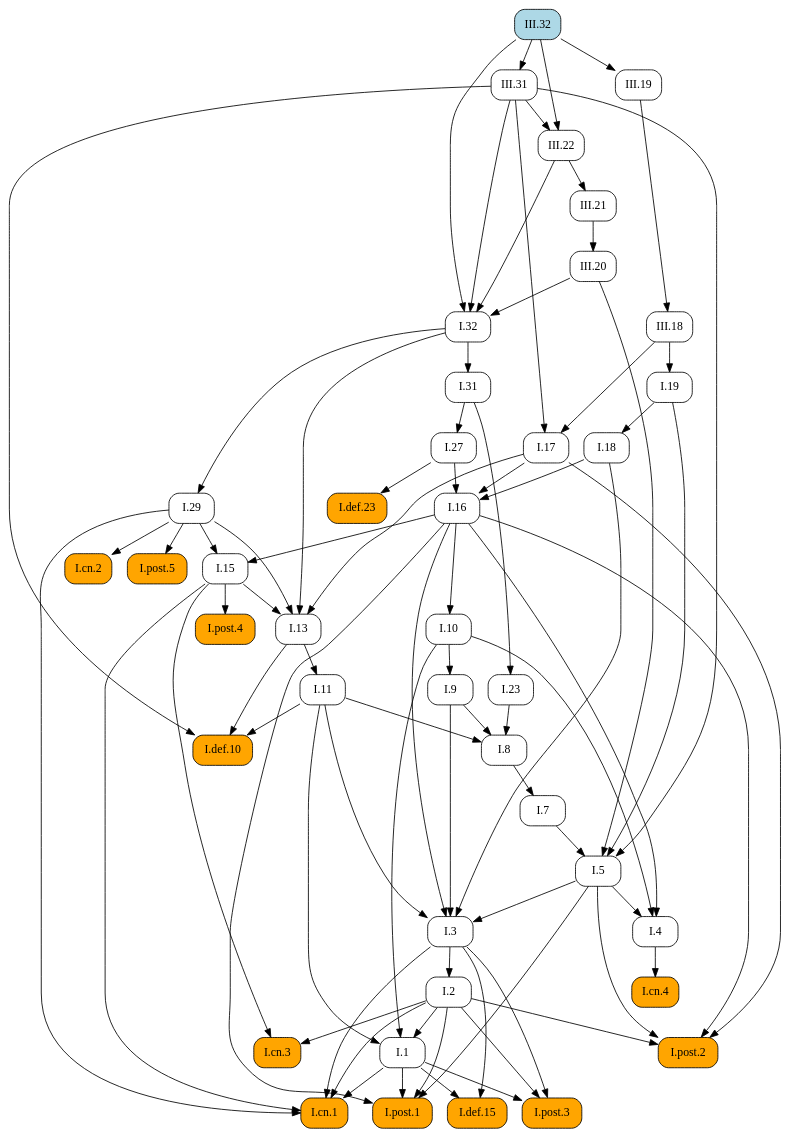
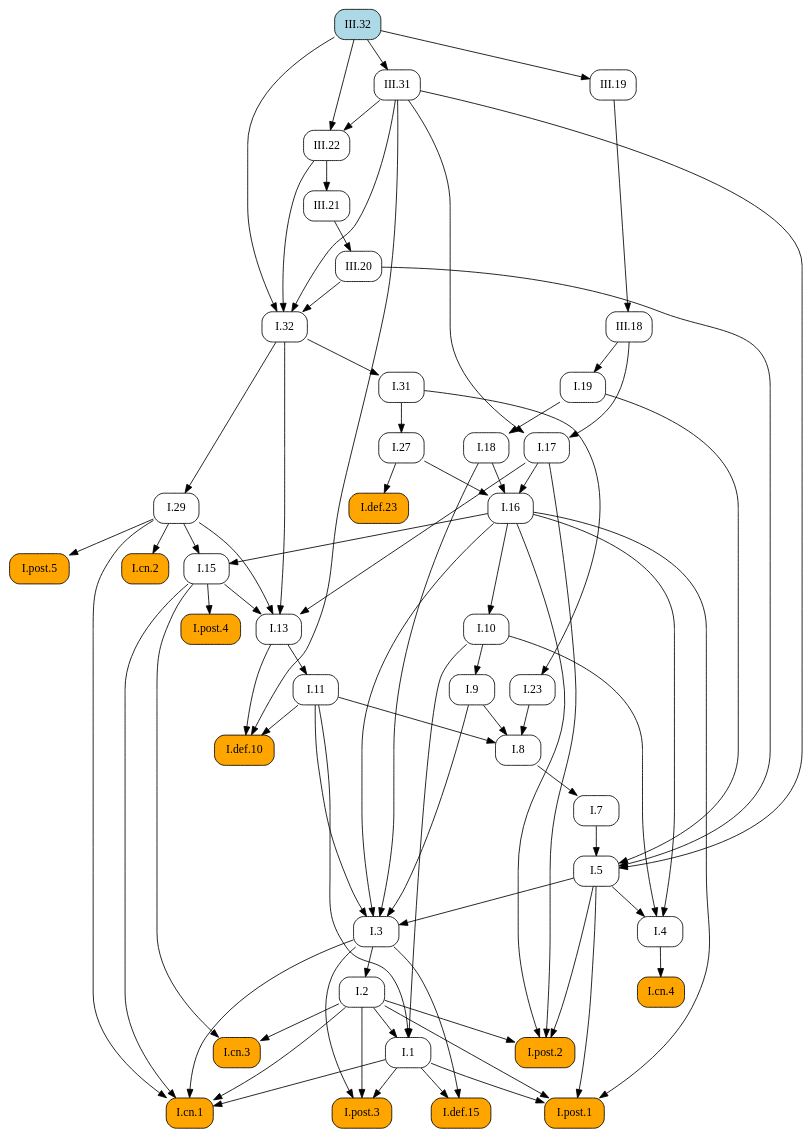
The diagram in docsrc/heath/III/32/index.rst (geometor/elements), drawn with Graphviz before and after one commit. The commit also changed other lines of this file and 484 other files, not shown here.

```diff
--- a/docsrc/heath/III/32/index.rst
+++ b/docsrc/heath/III/32/index.rst
@@ -59,123 +59,123 @@
    digraph {
      rankdir="TB";
      node [shape=box, style=rounded];
-     "I.def.10" [style="rounded,filled", fillcolor=orange, URL="/heath/I/def.10/", target="_top"];
-     "I.11" [URL="/heath/I/11/", target="_top"];
-     "I.post.4" [style="rounded,filled", fillcolor=orange, URL="/heath/I/post.4/", target="_top"];
-     "I.1" [URL="/heath/I/1/", target="_top"];
-     "III.32" [style="rounded,filled", fillcolor=lightblue, URL="/heath/III/32/", target="_top"];
-     "I.29" [URL="/heath/I/29/", target="_top"];
-     "III.20" [URL="/heath/III/20/", target="_top"];
-     "I.cn.2" [style="rounded,filled", fillcolor=orange, URL="/heath/I/cn.2/", target="_top"];
-     "III.19" [URL="/heath/III/19/", target="_top"];
-     "III.31" [URL="/heath/III/31/", target="_top"];
-     "I.18" [URL="/heath/I/18/", target="_top"];
+     "I.23" [URL="/heath/I/23/", target="_top"];
+     "I.9" [URL="/heath/I/9/", target="_top"];
+     "I.32" [URL="/heath/I/32/", target="_top"];
      "I.def.15" [style="rounded,filled", fillcolor=orange, URL="/heath/I/def.15/", target="_top"];
      "I.post.3" [style="rounded,filled", fillcolor=orange, URL="/heath/I/post.3/", target="_top"];
+     "I.post.1" [style="rounded,filled", fillcolor=orange, URL="/heath/I/post.1/", target="_top"];
+     "I.19" [URL="/heath/I/19/", target="_top"];
+     "III.20" [URL="/heath/III/20/", target="_top"];
+     "III.19" [URL="/heath/III/19/", target="_top"];
+     "I.31" [URL="/heath/I/31/", target="_top"];
+     "III.22" [URL="/heath/III/22/", target="_top"];
+     "I.def.10" [style="rounded,filled", fillcolor=orange, URL="/heath/I/def.10/", target="_top"];
+     "I.18" [URL="/heath/I/18/", target="_top"];
+     "I.27" [URL="/heath/I/27/", target="_top"];
+     "I.3" [URL="/heath/I/3/", target="_top"];
      "I.cn.1" [style="rounded,filled", fillcolor=orange, URL="/heath/I/cn.1/", target="_top"];
+     "III.18" [URL="/heath/III/18/", target="_top"];
+     "I.7" [URL="/heath/I/7/", target="_top"];
+     "I.2" [URL="/heath/I/2/", target="_top"];
+     "III.32" [style="rounded,filled", fillcolor=lightblue, URL="/heath/III/32/", target="_top"];
+     "I.13" [URL="/heath/I/13/", target="_top"];
+     "I.post.4" [style="rounded,filled", fillcolor=orange, URL="/heath/I/post.4/", target="_top"];
+     "I.4" [URL="/heath/I/4/", target="_top"];
+     "I.1" [URL="/heath/I/1/", target="_top"];
+     "I.5" [URL="/heath/I/5/", target="_top"];
+     "I.17" [URL="/heath/I/17/", target="_top"];
+     "I.8" [URL="/heath/I/8/", target="_top"];
+     "I.29" [URL="/heath/I/29/", target="_top"];
      "I.cn.3" [style="rounded,filled", fillcolor=orange, URL="/heath/I/cn.3/", target="_top"];
-     "I.23" [URL="/heath/I/23/", target="_top"];
-     "I.post.1" [style="rounded,filled", fillcolor=orange, URL="/heath/I/post.1/", target="_top"];
-     "I.27" [URL="/heath/I/27/", target="_top"];
-     "I.7" [URL="/heath/I/7/", target="_top"];
-     "I.3" [URL="/heath/I/3/", target="_top"];
-     "I.2" [URL="/heath/I/2/", target="_top"];
-     "I.4" [URL="/heath/I/4/", target="_top"];
+     "I.16" [URL="/heath/I/16/", target="_top"];
+     "III.31" [URL="/heath/III/31/", target="_top"];
+     "I.15" [URL="/heath/I/15/", target="_top"];
+     "I.10" [URL="/heath/I/10/", target="_top"];
+     "I.11" [URL="/heath/I/11/", target="_top"];
      "I.def.23" [style="rounded,filled", fillcolor=orange, URL="/heath/I/def.23/", target="_top"];
-     "I.13" [URL="/heath/I/13/", target="_top"];
-     "I.17" [URL="/heath/I/17/", target="_top"];
-     "I.31" [URL="/heath/I/31/", target="_top"];
+     "I.cn.2" [style="rounded,filled", fillcolor=orange, URL="/heath/I/cn.2/", target="_top"];
+     "I.post.5" [style="rounded,filled", fillcolor=orange, URL="/heath/I/post.5/", target="_top"];
+     "III.21" [URL="/heath/III/21/", target="_top"];
+     "I.cn.4" [style="rounded,filled", fillcolor=orange, URL="/heath/I/cn.4/", target="_top"];
      "I.post.2" [style="rounded,filled", fillcolor=orange, URL="/heath/I/post.2/", target="_top"];
-     "I.16" [URL="/heath/I/16/", target="_top"];
-     "I.19" [URL="/heath/I/19/", target="_top"];
-     "I.9" [URL="/heath/I/9/", target="_top"];
-     "I.32" [URL="/heath/I/32/", target="_top"];
-     "I.8" [URL="/heath/I/8/", target="_top"];
-     "I.cn.4" [style="rounded,filled", fillcolor=orange, URL="/heath/I/cn.4/", target="_top"];
-     "I.15" [URL="/heath/I/15/", target="_top"];
-     "III.21" [URL="/heath/III/21/", target="_top"];
-     "III.22" [URL="/heath/III/22/", target="_top"];
-     "I.post.5" [style="rounded,filled", fillcolor=orange, URL="/heath/I/post.5/", target="_top"];
-     "I.10" [URL="/heath/I/10/", target="_top"];
-     "III.18" [URL="/heath/III/18/", target="_top"];
-     "I.5" [URL="/heath/I/5/", target="_top"];
-     "I.11" -> "I.def.10";
-     "I.13" -> "I.def.10";
-     "III.31" -> "I.def.10";
-     "I.13" -> "I.11";
-     "I.15" -> "I.post.4";
-     "I.2" -> "I.1";
-     "I.10" -> "I.1";
-     "I.11" -> "I.1";
-     "I.32" -> "I.29";
-     "III.21" -> "III.20";
-     "I.29" -> "I.cn.2";
-     "III.32" -> "III.19";
-     "III.32" -> "III.31";
-     "I.19" -> "I.18";
+     "I.31" -> "I.23";
+     "I.10" -> "I.9";
+     "III.20" -> "I.32";
+     "III.22" -> "I.32";
+     "III.31" -> "I.32";
+     "III.32" -> "I.32";
      "I.1" -> "I.def.15";
      "I.3" -> "I.def.15";
      "I.1" -> "I.post.3";
      "I.2" -> "I.post.3";
      "I.3" -> "I.post.3";
+     "I.1" -> "I.post.1";
+     "I.2" -> "I.post.1";
+     "I.5" -> "I.post.1";
+     "I.16" -> "I.post.1";
+     "III.18" -> "I.19";
+     "III.21" -> "III.20";
+     "III.32" -> "III.19";
+     "I.32" -> "I.31";
+     "III.31" -> "III.22";
+     "III.32" -> "III.22";
+     "I.11" -> "I.def.10";
+     "I.13" -> "I.def.10";
+     "III.31" -> "I.def.10";
+     "I.19" -> "I.18";
+     "I.31" -> "I.27";
+     "I.5" -> "I.3";
+     "I.9" -> "I.3";
+     "I.11" -> "I.3";
+     "I.16" -> "I.3";
+     "I.18" -> "I.3";
      "I.1" -> "I.cn.1";
      "I.2" -> "I.cn.1";
      "I.3" -> "I.cn.1";
      "I.15" -> "I.cn.1";
      "I.29" -> "I.cn.1";
-     "I.2" -> "I.cn.3";
-     "I.15" -> "I.cn.3";
-     "I.31" -> "I.23";
-     "I.1" -> "I.post.1";
-     "I.2" -> "I.post.1";
-     "I.5" -> "I.post.1";
-     "I.16" -> "I.post.1";
-     "I.31" -> "I.27";
+     "III.19" -> "III.18";
      "I.8" -> "I.7";
-     "I.5" -> "I.3";
-     "I.9" -> "I.3";
-     "I.11" -> "I.3";
-     "I.16" -> "I.3";
-     "I.18" -> "I.3";
      "I.3" -> "I.2";
-     "I.5" -> "I.4";
-     "I.10" -> "I.4";
-     "I.16" -> "I.4";
-     "I.27" -> "I.def.23";
      "I.15" -> "I.13";
      "I.17" -> "I.13";
      "I.29" -> "I.13";
      "I.32" -> "I.13";
+     "I.15" -> "I.post.4";
+     "I.5" -> "I.4";
+     "I.10" -> "I.4";
+     "I.16" -> "I.4";
+     "I.2" -> "I.1";
+     "I.10" -> "I.1";
+     "I.11" -> "I.1";
+     "I.7" -> "I.5";
+     "I.19" -> "I.5";
+     "III.20" -> "I.5";
+     "III.31" -> "I.5";
      "III.18" -> "I.17";
      "III.31" -> "I.17";
-     "I.32" -> "I.31";
+     "I.9" -> "I.8";
+     "I.11" -> "I.8";
+     "I.23" -> "I.8";
+     "I.32" -> "I.29";
+     "I.2" -> "I.cn.3";
+     "I.15" -> "I.cn.3";
+     "I.17" -> "I.16";
+     "I.18" -> "I.16";
+     "I.27" -> "I.16";
+     "III.32" -> "III.31";
+     "I.16" -> "I.15";
+     "I.29" -> "I.15";
+     "I.16" -> "I.10";
+     "I.13" -> "I.11";
+     "I.27" -> "I.def.23";
+     "I.29" -> "I.cn.2";
+     "I.29" -> "I.post.5";
+     "III.22" -> "III.21";
+     "I.4" -> "I.cn.4";
      "I.2" -> "I.post.2";
      "I.5" -> "I.post.2";
      "I.16" -> "I.post.2";
      "I.17" -> "I.post.2";
-     "I.17" -> "I.16";
-     "I.18" -> "I.16";
-     "I.27" -> "I.16";
-     "III.18" -> "I.19";
-     "I.10" -> "I.9";
-     "III.20" -> "I.32";
-     "III.22" -> "I.32";
-     "III.31" -> "I.32";
-     "III.32" -> "I.32";
-     "I.9" -> "I.8";
-     "I.11" -> "I.8";
-     "I.23" -> "I.8";
-     "I.4" -> "I.cn.4";
-     "I.16" -> "I.15";
-     "I.29" -> "I.15";
-     "III.22" -> "III.21";
-     "III.31" -> "III.22";
-     "III.32" -> "III.22";
-     "I.29" -> "I.post.5";
-     "I.16" -> "I.10";
-     "III.19" -> "III.18";
-     "I.7" -> "I.5";
-     "I.19" -> "I.5";
-     "III.20" -> "I.5";
-     "III.31" -> "I.5";
    }
```
